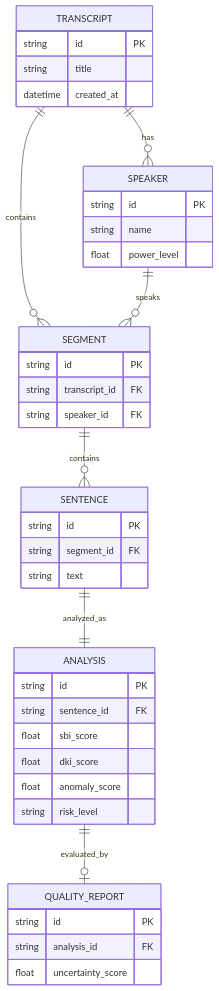
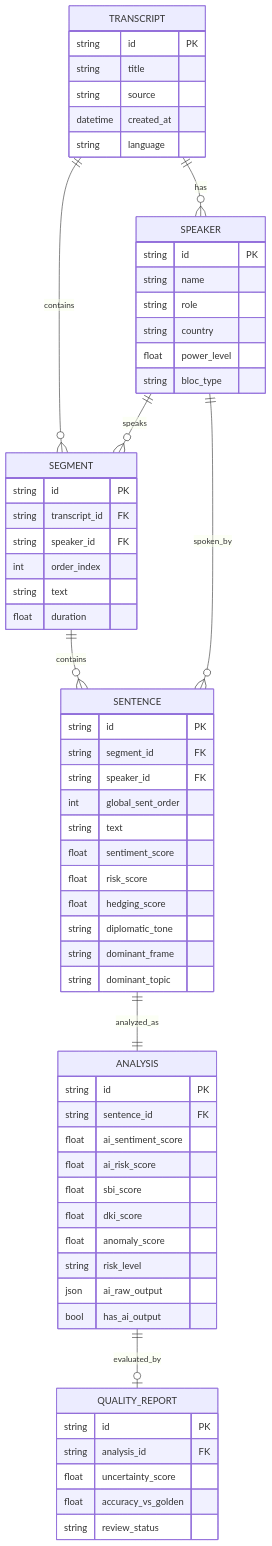
The fourth of 15 diagrams in README.md (BBgitaccount/BB-PAXDATA), drawn with Mermaid before and after one commit. The commit also changed other lines of this file, not shown here.

````diff
--- a/README.md
+++ b/README.md
@@ -111,43 +241,66 @@
 ```mermaid
 erDiagram
     TRANSCRIPT {
         string id PK
         string title
+        string source
         datetime created_at
+        string language
     }
     SPEAKER {
         string id PK
         string name
+        string role
+        string country
         float power_level
+        string bloc_type
     }
     SEGMENT {
         string id PK
         string transcript_id FK
         string speaker_id FK
+        int order_index
+        string text
+        float duration
     }
     SENTENCE {
         string id PK
         string segment_id FK
+        string speaker_id FK
+        int global_sent_order
         string text
+        float sentiment_score
+        float risk_score
+        float hedging_score
+        string diplomatic_tone
+        string dominant_frame
+        string dominant_topic
     }
     ANALYSIS {
         string id PK
         string sentence_id FK
+        float ai_sentiment_score
+        float ai_risk_score
         float sbi_score
         float dki_score
         float anomaly_score
         string risk_level
+        json ai_raw_output
+        bool has_ai_output
     }
     QUALITY_REPORT {
         string id PK
         string analysis_id FK
         float uncertainty_score
+        float accuracy_vs_golden
+        string review_status
     }
 
     TRANSCRIPT ||--o{ SPEAKER : "has"
     TRANSCRIPT ||--o{ SEGMENT : "contains"
     SPEAKER ||--o{ SEGMENT : "speaks"
     SEGMENT ||--o{ SENTENCE : "contains"
+    SPEAKER ||--o{ SENTENCE : "spoken_by"
     SENTENCE ||--|| ANALYSIS : "analyzed_as"
     ANALYSIS ||--o| QUALITY_REPORT : "evaluated_by"
 ```
````
